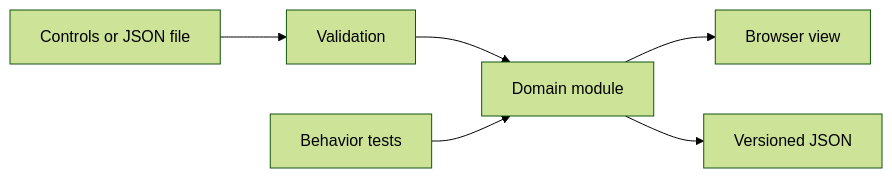
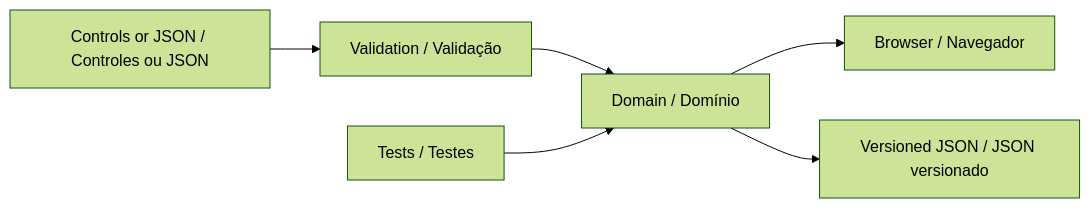
The diagram in docs/ARCHITECTURE.md (galafis/inclusive-session-studio), drawn with Mermaid (forest theme) before and after one commit. The commit also changed other lines of this file and 27 other files, not shown here.

````diff
--- a/docs/ARCHITECTURE.md
+++ b/docs/ARCHITECTURE.md
@@ -5,8 +11,8 @@
 ```mermaid
 flowchart LR
-  Input[Controls or JSON file] --> Validation[Validation]
-  Validation --> Domain[Domain module]
-  Domain --> View[Browser view]
-  Domain --> Export[Versioned JSON]
-  Tests[Behavior tests] --> Domain
+  Input["Controls or JSON / Controles ou JSON"] --> Validation["Validation / Validação"]
+  Validation --> Domain["Domain / Domínio"]
+  Domain --> View["Browser / Navegador"]
+  Domain --> Export["Versioned JSON / JSON versionado"]
+  Tests["Tests / Testes"] --> Domain
 ```
````
